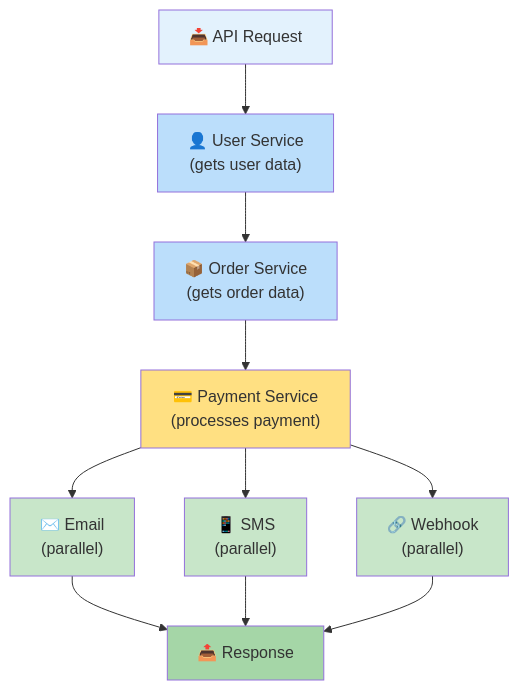
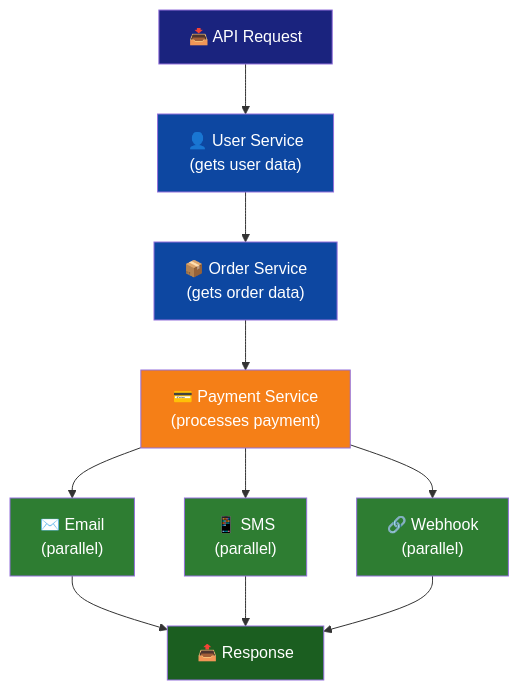
The sixth of 13 diagrams in README.md (Singularity-ng/singularity-workflows), drawn with Mermaid before and after one commit. The commit also changed other lines of this file, not shown here.

First line of the commit message:
Improve Mermaid diagram contrast for dark GitHub theme

````diff
--- a/README.md
+++ b/README.md
@@ -167,24 +167,24 @@
 ```mermaid
 graph TB
     A["📥 API Request"]
 
     A --> B["👤 User Service<br/>(gets user data)"]
     B --> C["📦 Order Service<br/>(gets order data)"]
     C --> D["💳 Payment Service<br/>(processes payment)"]
     D --> E1["✉️ Email<br/>(parallel)"]
     D --> E2["📱 SMS<br/>(parallel)"]
     D --> E3["🔗 Webhook<br/>(parallel)"]
 
     E1 --> F["📤 Response"]
     E2 --> F
     E3 --> F
 
-    style A fill:#E3F2FD
-    style B fill:#BBDEFB
-    style C fill:#BBDEFB
-    style D fill:#FFE082
-    style E1 fill:#C8E6C9
-    style E2 fill:#C8E6C9
-    style E3 fill:#C8E6C9
-    style F fill:#A5D6A7
+    style A fill:#1a237e,color:#fff
+    style B fill:#0d47a1,color:#fff
+    style C fill:#0d47a1,color:#fff
+    style D fill:#f57f17,color:#fff
+    style E1 fill:#2e7d32,color:#fff
+    style E2 fill:#2e7d32,color:#fff
+    style E3 fill:#2e7d32,color:#fff
+    style F fill:#1b5e20,color:#fff
 ```
````
